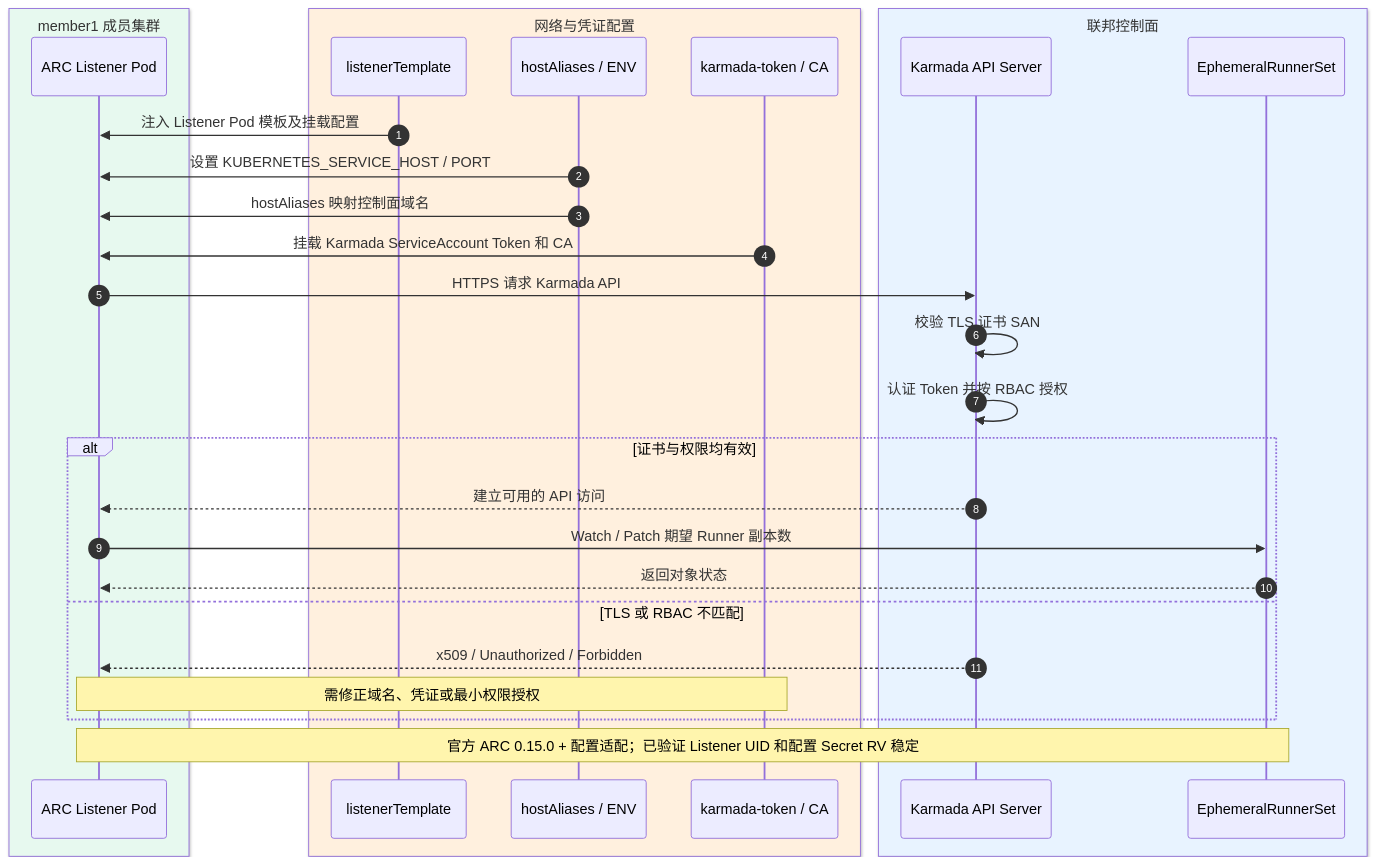
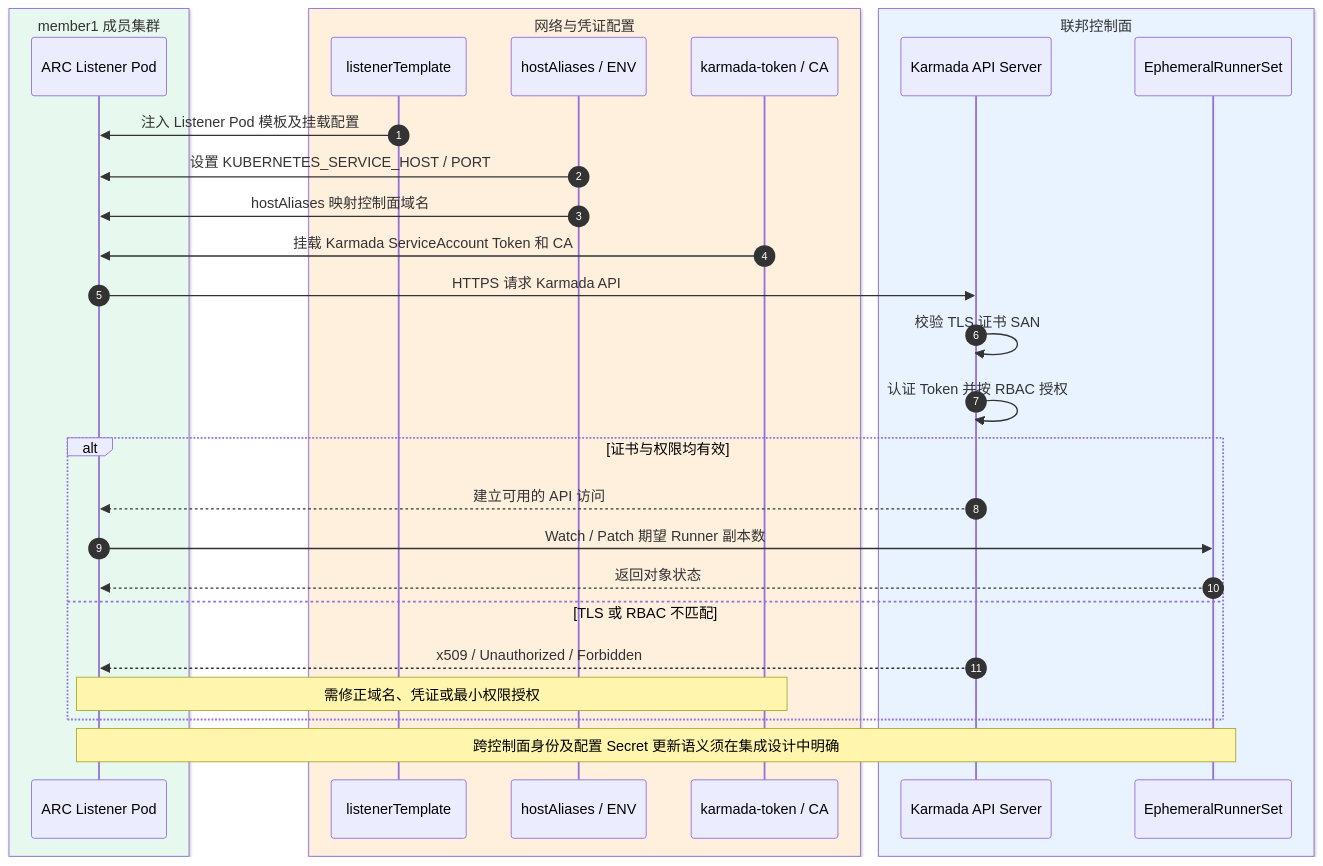
Before and after one commit to pkking/arc-karmada-test: the fifth of 8 diagrams in docs/KARMADA-ARC-SUBSYSTEM-DESIGN.md, drawn with Mermaid. The commit also changed other lines of this file, not shown here.

Commit message:
docs: shift architecture design evidence to official ARC Karmada Kubernetes docs, remove PoC acceptance gate

````diff
--- a/docs/KARMADA-ARC-SUBSYSTEM-DESIGN.md
+++ b/docs/KARMADA-ARC-SUBSYSTEM-DESIGN.md
@@ -383,33 +386,33 @@
 ```mermaid
 sequenceDiagram
     autonumber
     box rgb(231,249,239) member1 成员集群
         participant L as ARC Listener Pod
     end
     box rgb(255,240,222) 网络与凭证配置
         participant T as listenerTemplate
         participant N as hostAliases / ENV
         participant SA as karmada-token / CA
     end
     box rgb(232,243,255) 联邦控制面
         participant API as Karmada API Server
         participant ERS as EphemeralRunnerSet
     end
 
     T->>L: 注入 Listener Pod 模板及挂载配置
     N->>L: 设置 KUBERNETES_SERVICE_HOST / PORT
     N->>L: hostAliases 映射控制面域名
     SA->>L: 挂载 Karmada ServiceAccount Token 和 CA
     L->>API: HTTPS 请求 Karmada API
     API->>API: 校验 TLS 证书 SAN
     API->>API: 认证 Token 并按 RBAC 授权
     alt 证书与权限均有效
         API-->>L: 建立可用的 API 访问
         L->>ERS: Watch / Patch 期望 Runner 副本数
         ERS-->>L: 返回对象状态
     else TLS 或 RBAC 不匹配
         API-->>L: x509 / Unauthorized / Forbidden
         Note over L,SA: 需修正域名、凭证或最小权限授权
     end
-    Note over L,ERS: 官方 ARC 0.15.0 + 配置适配；已验证 Listener UID 和配置 Secret RV 稳定
+    Note over L,ERS: 跨控制面身份及配置 Secret 更新语义须在集成设计中明确
 ```
````
